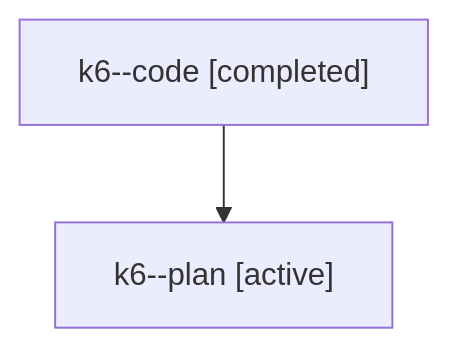
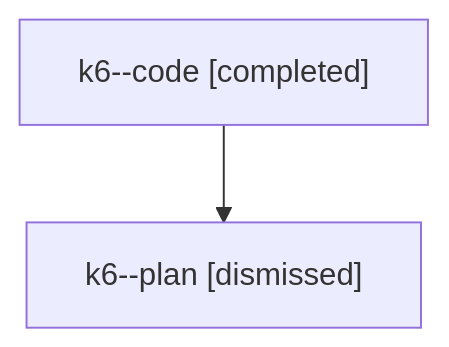
The diagram in sessions/bbugyi200.athena.k6.md (sase-org/sase--agents), drawn with Mermaid before and after one commit. The commit also changed other lines of this file and 33 other files, not shown here.

````diff
--- a/sessions/bbugyi200.athena.k6.md
+++ b/sessions/bbugyi200.athena.k6.md
@@ -9,6 +9,6 @@
 ```mermaid
 flowchart TD
   n0["k6--code [completed]"]
-  n1["k6--plan [active]"]
+  n1["k6--plan [dismissed]"]
   n0 --> n1
 ```
````
